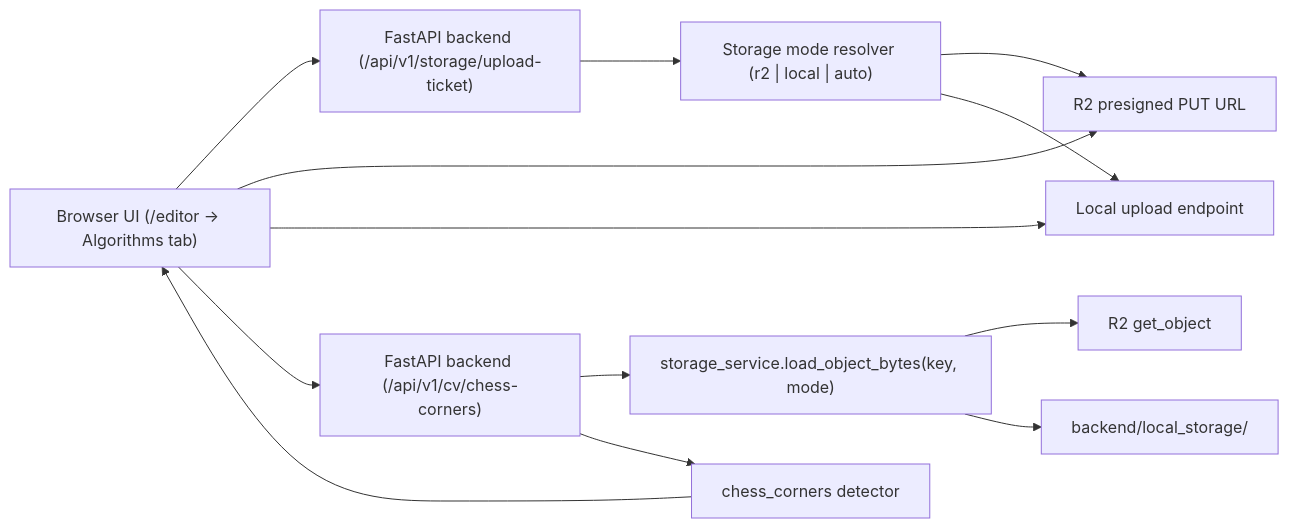
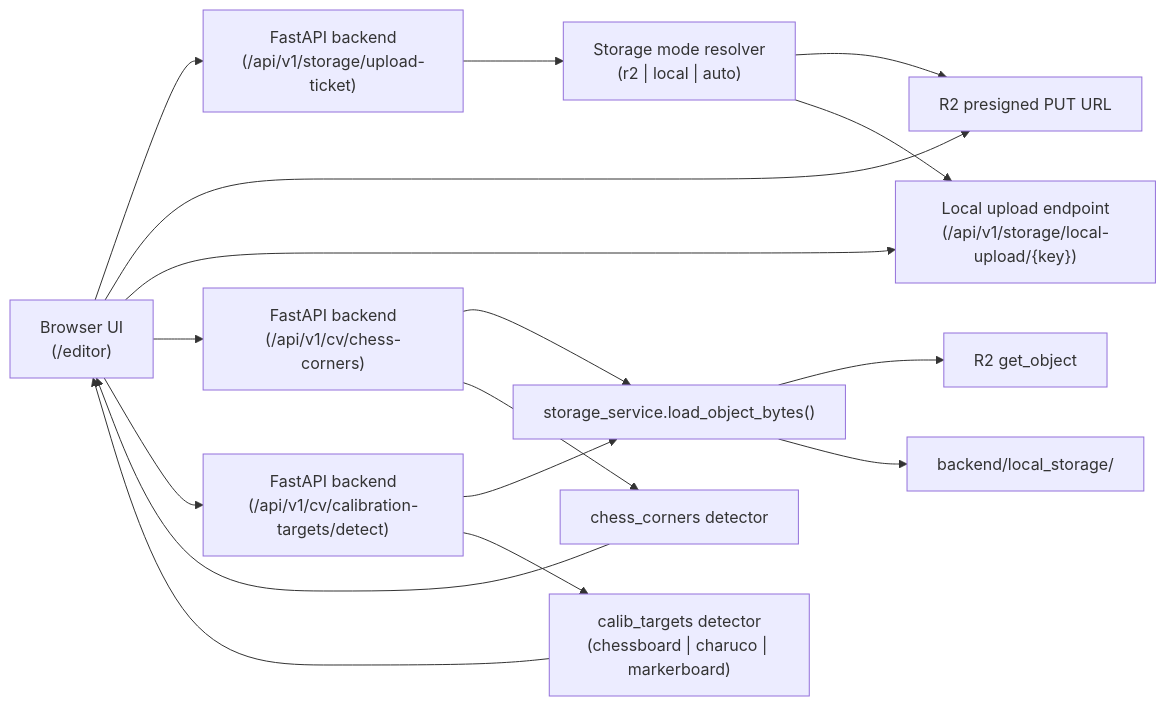
Before and after one commit to VitalyVorobyev/vitavision: the diagram in README.dev.md, drawn with Mermaid. The commit also changed other lines of this file and 6 other files, not shown here.

Commit message:
feat: enhance documentation and CI with API key enforcement tests and quality gates

````diff
--- a/README.dev.md
+++ b/README.dev.md
@@ -7,15 +69,19 @@
 ```mermaid
 flowchart LR
-    A["Browser UI (/editor -> Algorithms tab)"] --> B["FastAPI backend (/api/v1/storage/upload-ticket)"]
-    B --> C["Storage mode resolver (r2 | local | auto)"]
+    A["Browser UI\n(/editor)"] --> B["FastAPI backend\n(/api/v1/storage/upload-ticket)"]
+    B --> C["Storage mode resolver\n(r2 | local | auto)"]
     C --> D["R2 presigned PUT URL"]
-    C --> E["Local upload endpoint"]
+    C --> E["Local upload endpoint\n(/api/v1/storage/local-upload/{key})"]
     A --> D
     A --> E
-    A --> F["FastAPI backend (/api/v1/cv/chess-corners)"]
-    F --> G["storage_service.load_object_bytes(key, mode)"]
-    G --> H["R2 get_object"]
-    G --> I["backend/local_storage/<key>"]
-    F --> J["chess_corners detector"]
-    J --> A
+    A --> F["FastAPI backend\n(/api/v1/cv/chess-corners)"]
+    A --> G["FastAPI backend\n(/api/v1/cv/calibration-targets/detect)"]
+    F --> H["storage_service.load_object_bytes()"]
+    G --> H
+    H --> I["R2 get_object"]
+    H --> J["backend/local_storage/<key>"]
+    F --> K["chess_corners detector"]
+    G --> L["calib_targets detector\n(chessboard | charuco | markerboard)"]
+    K --> A
+    L --> A
 ```
````
